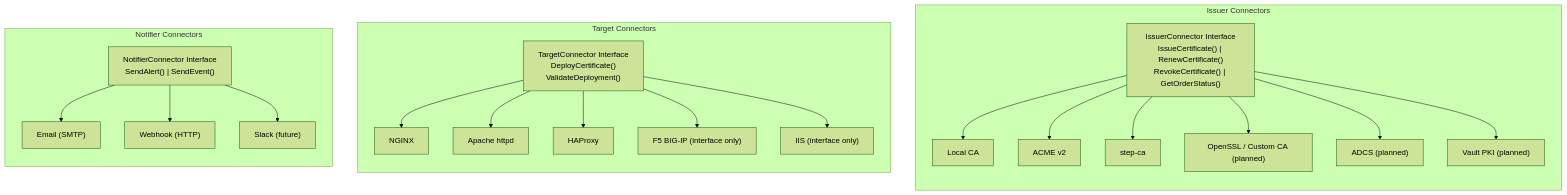
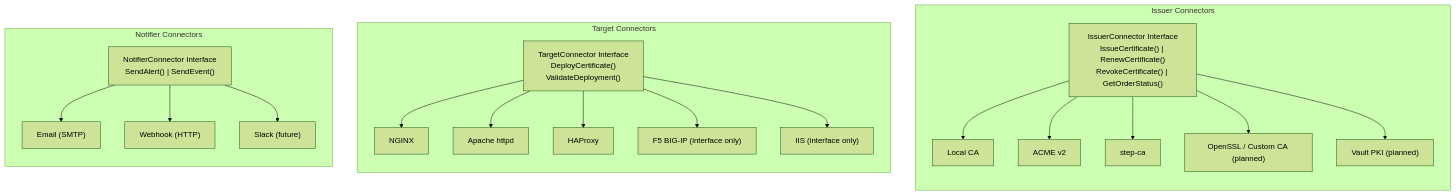
The seventh of 11 diagrams in docs/architecture.md (certctl-io/certctl), drawn with Mermaid (forest theme) before and after one commit. The commit also changed other lines of this file and 5 other files, not shown here.

````diff
--- a/docs/architecture.md
+++ b/docs/architecture.md
@@ -360,31 +381,30 @@
 ```mermaid
 flowchart TB
     subgraph "Issuer Connectors"
         direction TB
         II["IssuerConnector Interface\nIssueCertificate() | RenewCertificate()\nRevokeCertificate() | GetOrderStatus()"]
         II --> LC["Local CA"]
         II --> ACME["ACME v2"]
         II --> SC["step-ca"]
         II --> OC["OpenSSL / Custom CA (planned)"]
-        II --> AD["ADCS (planned)"]
         II --> VP["Vault PKI (planned)"]
     end
 
     subgraph "Target Connectors"
         direction TB
         TI["TargetConnector Interface\nDeployCertificate()\nValidateDeployment()"]
         TI --> NG["NGINX"]
         TI --> AP["Apache httpd"]
         TI --> HP["HAProxy"]
         TI --> F5["F5 BIG-IP (interface only)"]
         TI --> IIS["IIS (interface only)"]
     end
 
     subgraph "Notifier Connectors"
         direction TB
         NI["NotifierConnector Interface\nSendAlert() | SendEvent()"]
         NI --> EM["Email (SMTP)"]
         NI --> WH["Webhook (HTTP)"]
         NI --> SL["Slack (future)"]
     end
 ```
````
